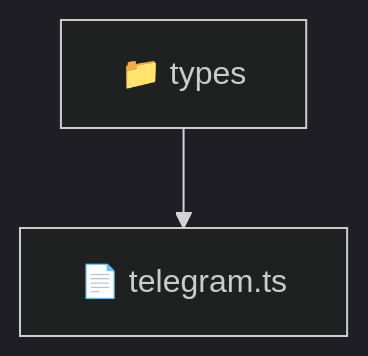
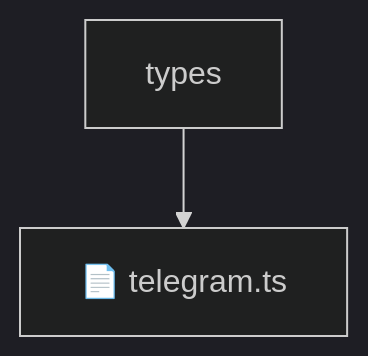
Before and after one commit to beginwebdev2002/fullstack-mavluda: the diagram in frontend/src/types/README.md, drawn with Mermaid (dark theme). The commit also changed other lines of this file and 155 other files, not shown here.

````diff
--- a/frontend/src/types/README.md
+++ b/frontend/src/types/README.md
@@ -9,5 +14,5 @@
 ```mermaid
 graph TD
-  Root["📁 types"]
-  Root --> telegramts["📄 telegram.ts"]
+    Root[types]
+    Root --> F0[📄 telegram.ts]
 ```
````
